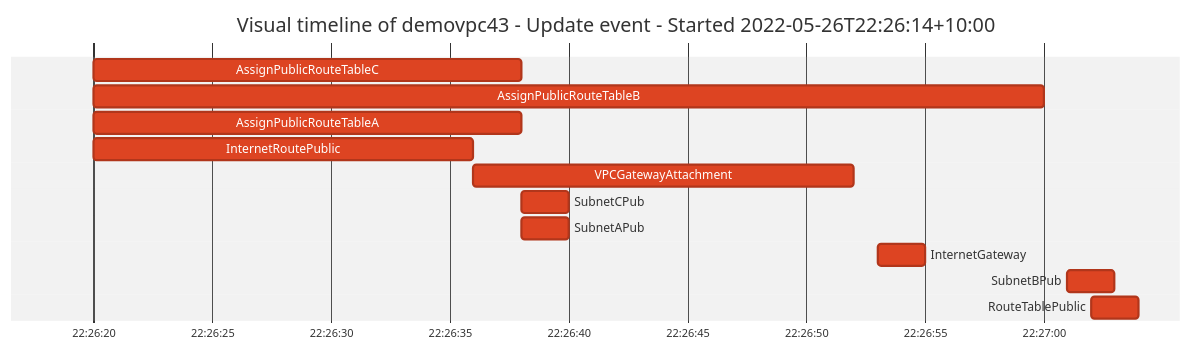
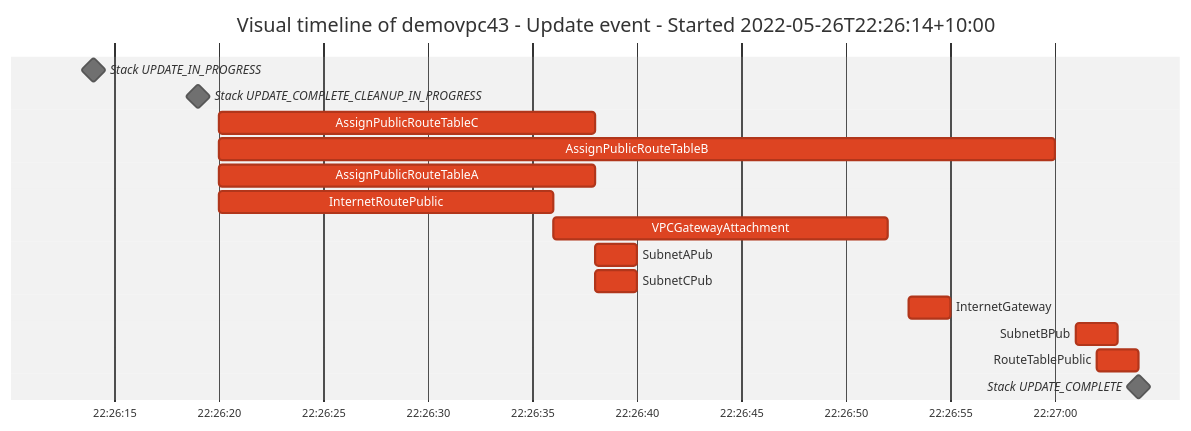
Before and after one commit to ArjenSchwarz/fog: the third of 4 diagrams in docs/fog-report-demo.md, drawn with Mermaid (neutral theme). The commit also changed other lines of this file and 1 other file, not shown here.

````diff
--- a/docs/fog-report-demo.md
+++ b/docs/fog-report-demo.md
@@ -97,16 +103,19 @@
 ```mermaid
 gantt
 	title Visual timeline of demovpc43 - Update event - Started 2022-05-26T22:26:14+10:00
 	dateFormat HH:mm:ss
 	axisFormat %H:%M:%S
+	Stack UPDATE_IN_PROGRESS	:milestone, 22:26:14 , 0s
+	Stack UPDATE_COMPLETE_CLEANUP_IN_PROGRESS	:milestone, 22:26:19 , 0s
 	AssignPublicRouteTableC	:crit, 22:26:20 , 18s
 	AssignPublicRouteTableB	:crit, 22:26:20 , 40s
 	AssignPublicRouteTableA	:crit, 22:26:20 , 18s
 	InternetRoutePublic	:crit, 22:26:20 , 16s
 	VPCGatewayAttachment	:crit, 22:26:36 , 16s
+	SubnetAPub	:crit, 22:26:38 , 2s
 	SubnetCPub	:crit, 22:26:38 , 2s
-	SubnetAPub	:crit, 22:26:38 , 2s
 	InternetGateway	:crit, 22:26:53 , 2s
 	SubnetBPub	:crit, 22:27:01 , 2s
 	RouteTablePublic	:crit, 22:27:02 , 2s
+	Stack UPDATE_COMPLETE	:milestone, 22:27:04 , 0s
 ```
````
